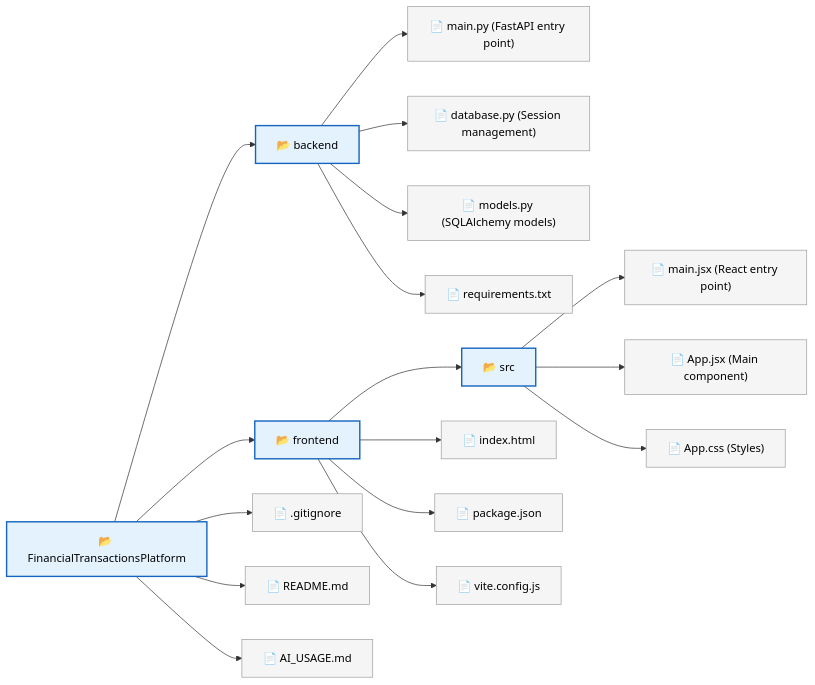
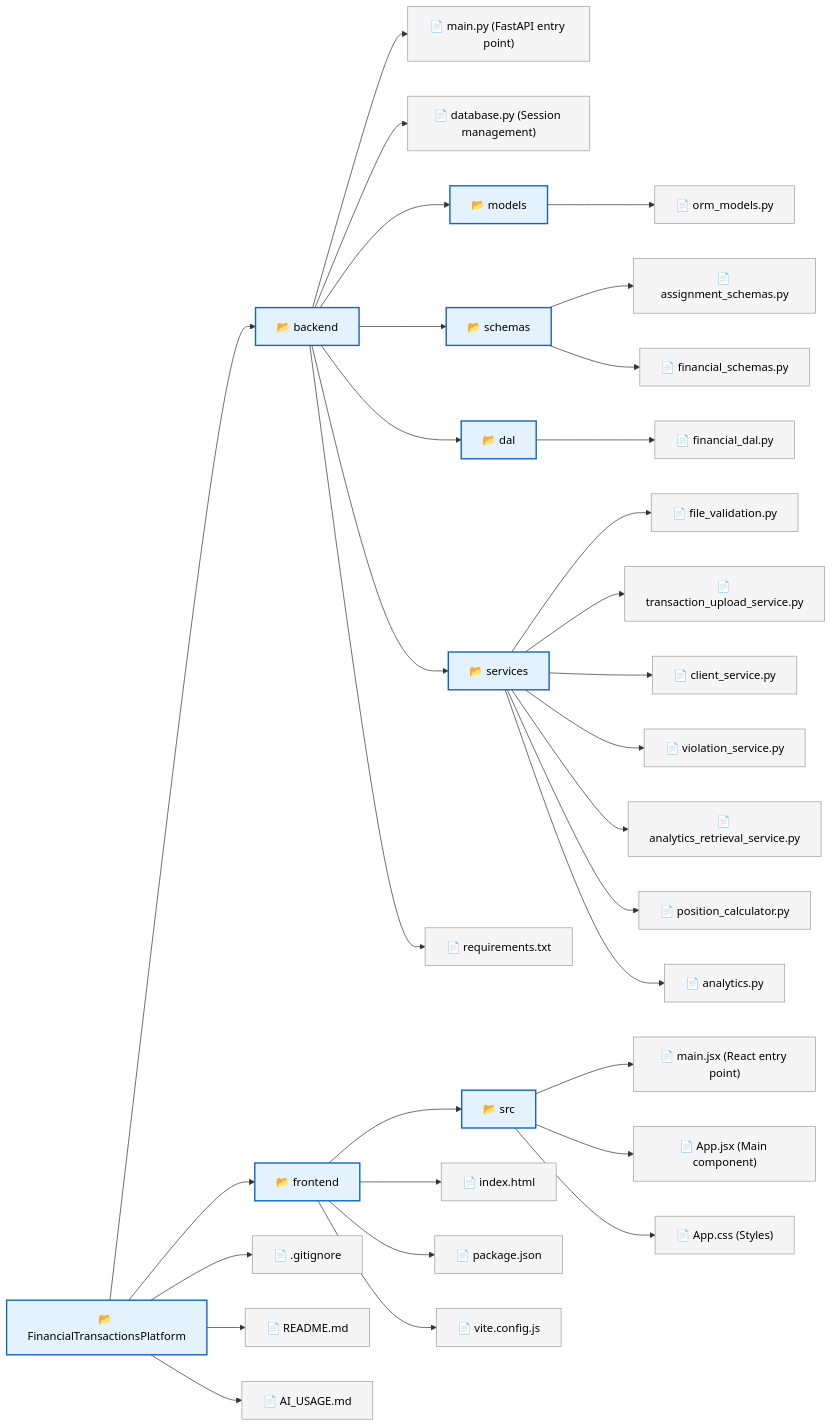
One commit to asafzenou/FinancialTransactionsPlatform changed the diagram in README.md. Above: the diagram before and after it, drawn with Mermaid. The commit also changed other lines of this file and 3 other files, not shown here.

````diff
--- a/README.md
+++ b/README.md
@@ -7,41 +7,65 @@
 ```mermaid
 graph LR
     %% Root Directory
     Root["📂 FinancialTransactionsPlatform"]
 
     %% Backend Folder
     Backend["📂 backend"]
     Root --> Backend
     Backend --> MainPy["📄 main.py (FastAPI entry point)"]
     Backend --> DatabasePy["📄 database.py (Session management)"]
-    Backend --> ModelsPy["📄 models.py (SQLAlchemy models)"]
+    
+    %% Backend Sub-folders
+    Models["📂 models"]
+    Backend --> Models
+    Models --> OrmModels["📄 orm_models.py"]
+    
+    Schemas["📂 schemas"]
+    Backend --> Schemas
+    Schemas --> AssignmentSchemas["📄 assignment_schemas.py"]
+    Schemas --> FinancialSchemas["📄 financial_schemas.py"]
+    
+    DAL["📂 dal"]
+    Backend --> DAL
+    DAL --> FinancialDal["📄 financial_dal.py"]
+    
+    Services["📂 services"]
+    Backend --> Services
+    Services --> FileValidation["📄 file_validation.py"]
+    Services --> TransactionUpload["📄 transaction_upload_service.py"]
+    Services --> ClientService["📄 client_service.py"]
+    Services --> ViolationService["📄 violation_service.py"]
+    Services --> AnalyticsRetrieval["📄 analytics_retrieval_service.py"]
+    Services --> PositionCalc["📄 position_calculator.py"]
+    Services --> Analytics["📄 analytics.py"]
+    
     Backend --> ReqTxt["📄 requirements.txt"]
 
     %% Frontend Folder
     Frontend["📂 frontend"]
     Root --> Frontend
     
     %% Frontend/src Folder
     Src["📂 src"]
     Frontend --> Src
     Src --> MainJsx["📄 main.jsx (React entry point)"]
     Src --> AppJsx["📄 App.jsx (Main component)"]
     Src --> AppCss["📄 App.css (Styles)"]
     
     %% Frontend Root Files
     Frontend --> IndexHtml["📄 index.html"]
     Frontend --> PackageJson["📄 package.json"]
     Frontend --> ViteConfig["📄 vite.config.js"]
 
     %% Project Root Files
     Root --> GitIgnore["📄 .gitignore"]
     Root --> Readme["📄 README.md"]
     Root --> AiUsage["📄 AI_USAGE.md"]
     
     %% Styling to make it look clean
     classDef folder fill:#e3f2fd,stroke:#1565c0,stroke-width:2px,color:#000;
     classDef file fill:#f5f5f5,stroke:#9e9e9e,stroke-width:1px,color:#000;
     
-    class Root,Backend,Frontend,Src folder;
-    class MainPy,DatabasePy,ModelsPy,ReqTxt,MainJsx,AppJsx,AppCss,IndexHtml,PackageJson,ViteConfig,GitIgnore,Readme,AiUsage file;
+    class Root,Backend,Models,Schemas,DAL,Services,Frontend,Src folder;
+    class MainPy,DatabasePy,OrmModels,AssignmentSchemas,FinancialSchemas,FinancialDal,FileValidation,TransactionUpload,ClientService,ViolationService,AnalyticsRetrieval,PositionCalc,Analytics,ReqTxt,MainJsx,AppJsx,AppCss,IndexHtml,PackageJson,ViteConfig,GitIgnore,Readme,AiUsage file;
 ```
````
